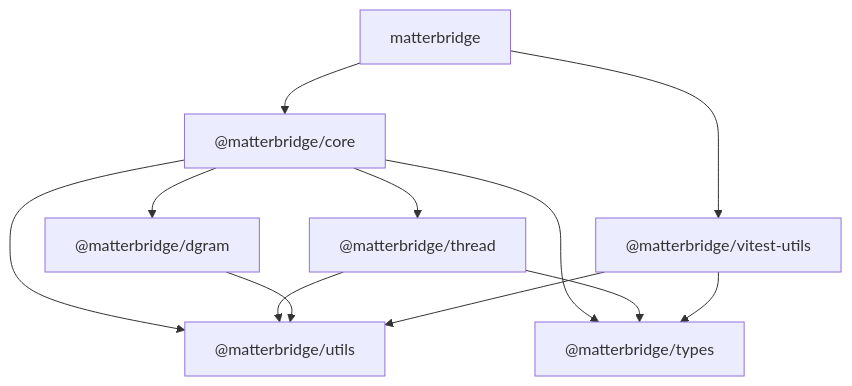
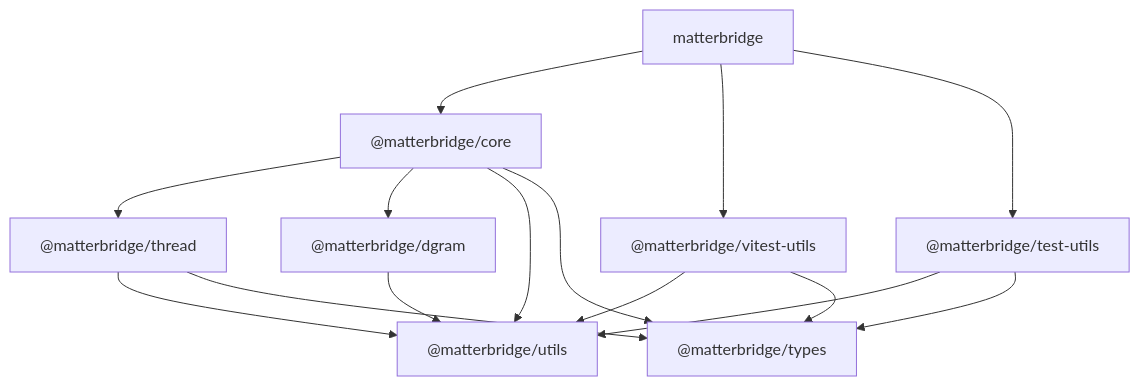
One commit to Luligu/matterbridge changed the diagram in README.md. Above: the diagram before and after it, drawn with Mermaid. The commit also changed other lines of this file and 259 other files, not shown here.

````diff
--- a/README.md
+++ b/README.md
@@ -792,24 +793,28 @@
 ```mermaid
 graph TD
   matterbridge["matterbridge"]
   core["@matterbridge/core"]
   thread["@matterbridge/thread"]
   dgram["@matterbridge/dgram"]
   utils["@matterbridge/utils"]
   types["@matterbridge/types"]
   vitestutils["@matterbridge/vitest-utils"]
+  testutils["@matterbridge/test-utils"]
 
   matterbridge --> core
   matterbridge --> vitestutils
+  matterbridge --> testutils
 
   core --> thread
   core --> dgram
   core --> utils
   core --> types
 
   thread --> utils
   thread --> types
   dgram --> utils
   vitestutils --> utils
   vitestutils --> types
+  testutils --> utils
+  testutils --> types
 ```
````
